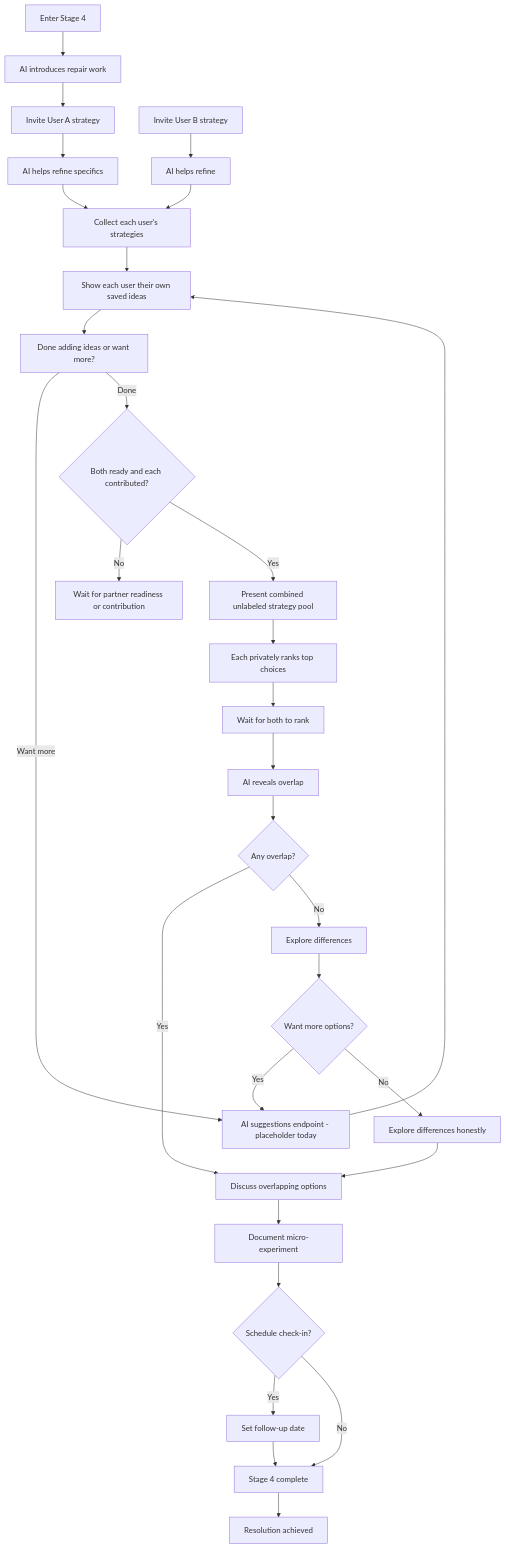
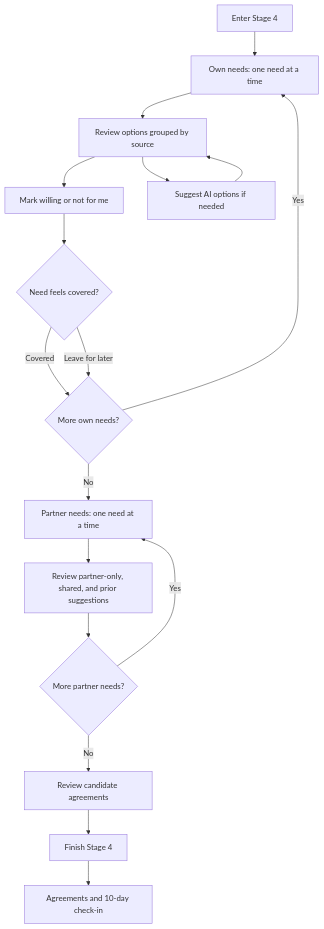
One commit to shantamg/meet-without-fear changed the first of 5 diagrams in docs/product/stages/stage-4-strategic-repair.md. Above: the diagram before and after it, drawn with Mermaid. The commit also changed other lines of this file and 139 other files, not shown here.

First line of the commit message:
Stage 3/4 rework and full Tending flow (#640)

````diff
--- a/docs/product/stages/stage-4-strategic-repair.md
+++ b/docs/product/stages/stage-4-strategic-repair.md
@@ -49,41 +43,19 @@
 ```mermaid
 flowchart TD
-    Enter[Enter Stage 4] --> Intro[AI introduces repair work]
-    Intro --> InviteA[Invite User A strategy]
-    InviteA --> RefineA[AI helps refine specifics]
-
-    InviteB[Invite User B strategy] --> RefineB[AI helps refine]
-
-    RefineA --> Collect[Collect each user's strategies]
-    RefineB --> Collect
-
-    Collect --> LocalReview[Show each user their own saved ideas]
-    LocalReview --> Question[Done adding ideas or want more?]
-
-    Question -->|Want more| Generate[AI suggestions endpoint - placeholder today]
-    Generate --> LocalReview
-
-    Question -->|Done| Ready{Both ready and each contributed?}
-    Ready -->|No| WaitReady[Wait for partner readiness or contribution]
-    Ready -->|Yes| Present[Present combined unlabeled strategy pool]
-    Present --> PrivateRank[Each privately ranks top choices]
-    PrivateRank --> WaitBoth[Wait for both to rank]
-    WaitBoth --> Reveal[AI reveals overlap]
-    Reveal --> Overlap{Any overlap?}
-
-    Overlap -->|Yes| Discuss[Discuss overlapping options]
-    Overlap -->|No| Explore[Explore differences]
-    Explore --> MoreOptions{Want more options?}
-    MoreOptions -->|Yes| Generate
-    MoreOptions -->|No| Negotiate[Explore differences honestly]
-    Negotiate --> Discuss
-
-    Discuss --> Document[Document micro-experiment]
-
-    Document --> FollowUp{Schedule check-in?}
-    FollowUp -->|Yes| Schedule[Set follow-up date]
-    FollowUp -->|No| Complete[Stage 4 complete]
-    Schedule --> Complete
-
-    Complete --> Resolution[Resolution achieved]
+    Enter[Enter Stage 4] --> OwnNeed[Own needs: one need at a time]
+    OwnNeed --> Options[Review options grouped by source]
+    Options --> Willing[Mark willing or not for me]
+    Options --> Suggest[Suggest AI options if needed]
+    Willing --> Covered{Need feels covered?}
+    Suggest --> Options
+    Covered -->|Covered| NextOwn{More own needs?}
+    Covered -->|Leave for later| NextOwn
+    NextOwn -->|Yes| OwnNeed
+    NextOwn -->|No| PartnerNeed[Partner needs: one need at a time]
+    PartnerNeed --> Buckets[Review partner-only, shared, and prior suggestions]
+    Buckets --> Continue{More partner needs?}
+    Continue -->|Yes| PartnerNeed
+    Continue -->|No| Quality[Review candidate agreements]
+    Quality --> Close[Finish Stage 4]
+    Close --> Summary[Agreements and 10-day check-in]
 ```
````
